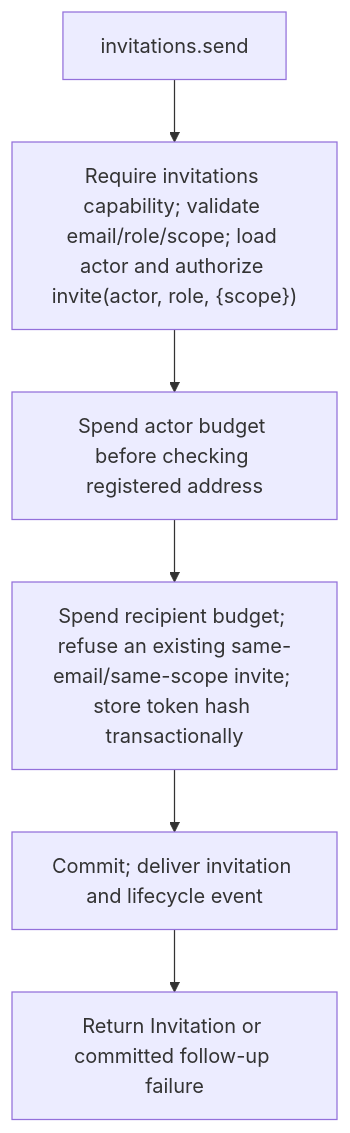
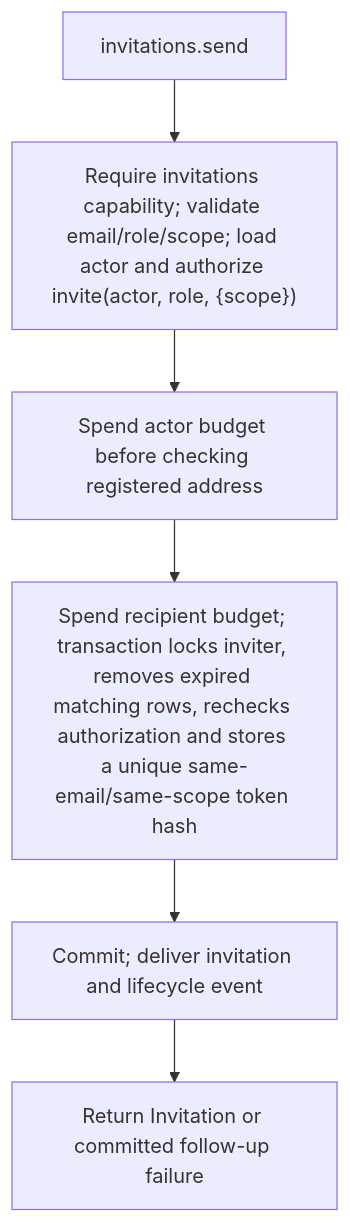
The second of 2 diagrams in user-stories/US-ACCOUNT-08-send-invitation.md (Kevinjohn/oss-adonisjs-account-kit), drawn with Mermaid before and after one commit. The commit also changed 43 other files, not shown here.

````diff
--- a/user-stories/US-ACCOUNT-08-send-invitation.md
+++ b/user-stories/US-ACCOUNT-08-send-invitation.md
@@ -33,8 +33,8 @@
 ```mermaid
 flowchart TD
  A["invitations.send"] --> B["Require invitations capability; validate email/role/scope; load actor and authorize invite(actor, role, {scope})"]
  B --> C["Spend actor budget before checking registered address"]
- C --> D["Spend recipient budget; refuse an existing same-email/same-scope invite; store token hash transactionally"]
+ C --> D["Spend recipient budget; transaction locks inviter, removes expired matching rows, rechecks authorization and stores a unique same-email/same-scope token hash"]
  D --> E["Commit; deliver invitation and lifecycle event"]
  E --> F["Return Invitation or committed follow-up failure"]
 ```
````
